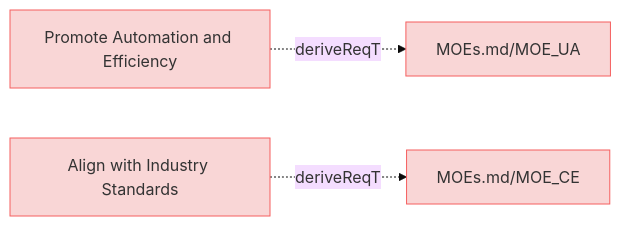
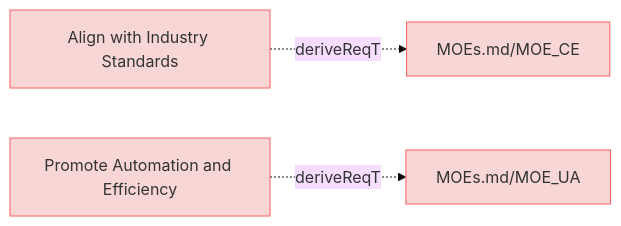
One commit to reqvire-org/reqvire changed the diagram in specifications/MissionRequirements.md. Above: the diagram before and after it, drawn with Mermaid (base theme). The commit also changed 160 other files, not shown here.

````diff
--- a/specifications/MissionRequirements.md
+++ b/specifications/MissionRequirements.md
@@ -5,23 +5,23 @@
 ```mermaid
 graph LR;
   %% Graph styling
   classDef requirement fill:#f9d6d6,stroke:#f55f5f,stroke-width:1px;
   classDef verification fill:#d6f9d6,stroke:#5fd75f,stroke-width:1px;
   classDef externalLink fill:#d0e0ff,stroke:#3080ff,stroke-width:1px;
   classDef default fill:#f5f5f5,stroke:#333333,stroke-width:1px;
 
-  f4d2c697be0f9733["Promote Automation and Efficiency"];
-  click f4d2c697be0f9733 "https://github.com/ilijaljubicic/ReqFlow/blob/73d5ae1d93adea71fdf4cc508be4d1ae09be068f/specifications/MissionRequirements.md#promote-automation-and-efficiency";
-  class f4d2c697be0f9733 requirement;
-  5d0b88381f707008["MOEs.md/MOE_UA"];
-  class 5d0b88381f707008 requirement;
-  click 5d0b88381f707008 "https://github.com/ilijaljubicic/ReqFlow/blob/73d5ae1d93adea71fdf4cc508be4d1ae09be068f/specifications/MOEs.md#moe_ua";
-  f4d2c697be0f9733 -.->|deriveReqT| 5d0b88381f707008;
-  64c3bd3606b9c679["Align with Industry Standards"];
-  click 64c3bd3606b9c679 "https://github.com/ilijaljubicic/ReqFlow/blob/73d5ae1d93adea71fdf4cc508be4d1ae09be068f/specifications/MissionRequirements.md#align-with-industry-standards";
-  class 64c3bd3606b9c679 requirement;
-  34ccc009ec6ea573["MOEs.md/MOE_CE"];
-  class 34ccc009ec6ea573 requirement;
-  click 34ccc009ec6ea573 "https://github.com/ilijaljubicic/ReqFlow/blob/73d5ae1d93adea71fdf4cc508be4d1ae09be068f/specifications/MOEs.md#moe_ce";
-  64c3bd3606b9c679 -.->|deriveReqT| 34ccc009ec6ea573;
+  b4b8445e969465f9["Align with Industry Standards"];
+  click b4b8445e969465f9 "https://github.com/ilijaljubicic/Reqvire/blob/8a68ca1eab81bac7964085e47777a0a92447c6a5/specifications/MissionRequirements.md#align-with-industry-standards";
+  class b4b8445e969465f9 requirement;
+  a7b946053261f1d0["MOEs.md/MOE_CE"];
+  class a7b946053261f1d0 requirement;
+  click a7b946053261f1d0 "https://github.com/ilijaljubicic/Reqvire/blob/8a68ca1eab81bac7964085e47777a0a92447c6a5/specifications/MOEs.md#moe_ce";
+  b4b8445e969465f9 -.->|deriveReqT| a7b946053261f1d0;
+  639818a4d3b671bb["Promote Automation and Efficiency"];
+  click 639818a4d3b671bb "https://github.com/ilijaljubicic/Reqvire/blob/8a68ca1eab81bac7964085e47777a0a92447c6a5/specifications/MissionRequirements.md#promote-automation-and-efficiency";
+  class 639818a4d3b671bb requirement;
+  bd8b46053261f1d0["MOEs.md/MOE_UA"];
+  class bd8b46053261f1d0 requirement;
+  click bd8b46053261f1d0 "https://github.com/ilijaljubicic/Reqvire/blob/8a68ca1eab81bac7964085e47777a0a92447c6a5/specifications/MOEs.md#moe_ua";
+  639818a4d3b671bb -.->|deriveReqT| bd8b46053261f1d0;
 ```
````
